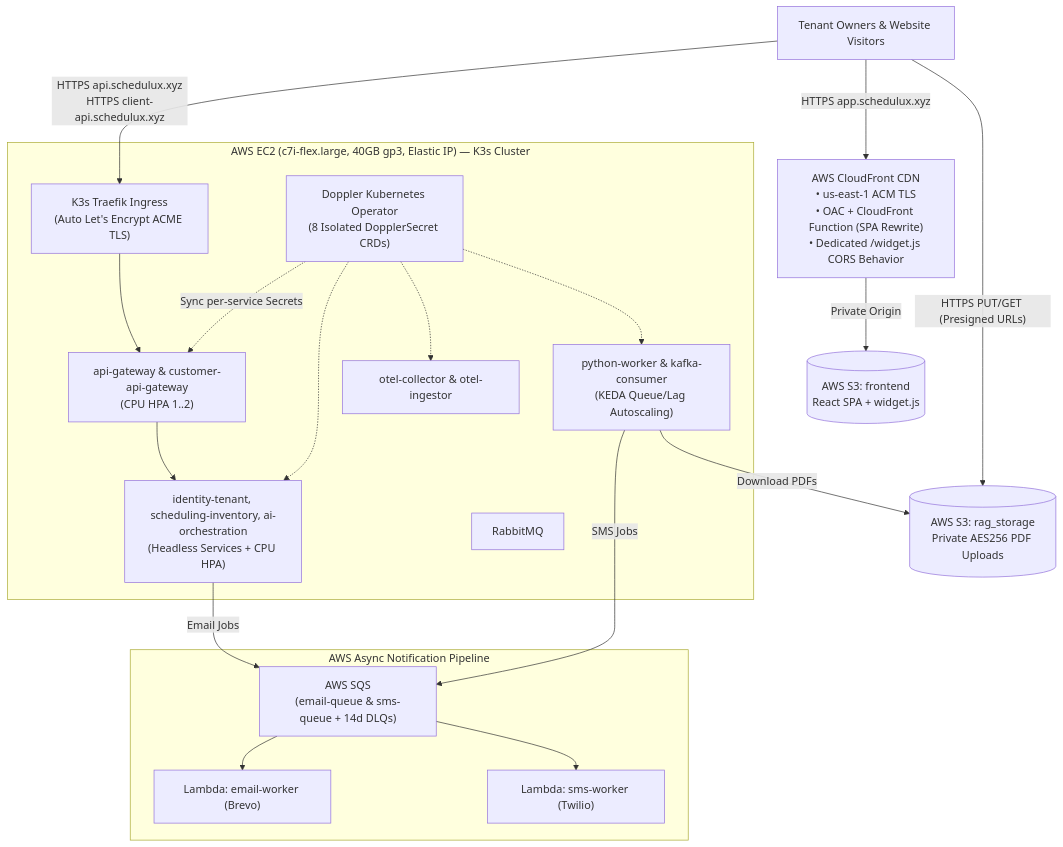
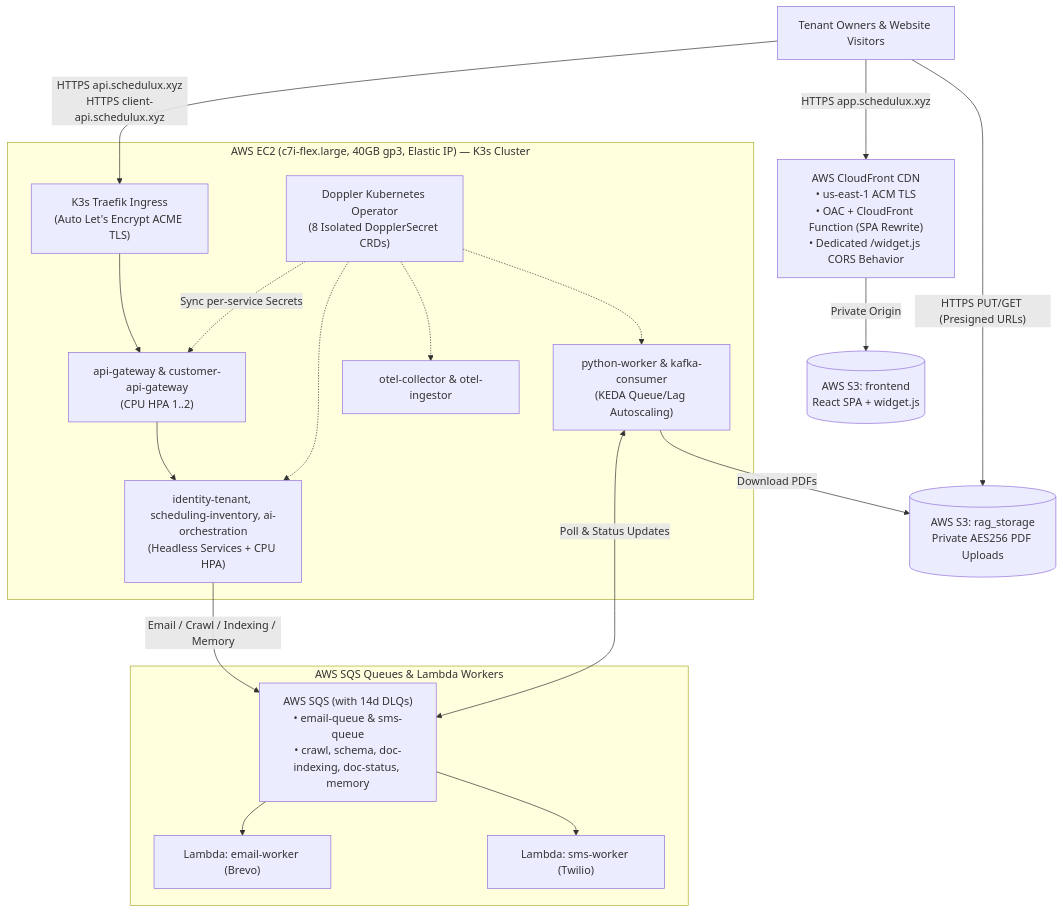
One commit to cjmatrix/Schedulux changed the diagram in docs/infrastructure.md. Above: the diagram before and after it, drawn with Mermaid. The commit also changed other lines of this file and 8 other files, not shown here.

````diff
--- a/docs/infrastructure.md
+++ b/docs/infrastructure.md
@@ -9,33 +9,32 @@
 ```mermaid
 flowchart TB
     Users["Tenant Owners & Website Visitors"] -->|HTTPS app.schedulux.xyz| CF["AWS CloudFront CDN\n• us-east-1 ACM TLS\n• OAC + CloudFront Function (SPA Rewrite)\n• Dedicated /widget.js CORS Behavior"]
     CF -->|Private Origin| S3Web[("AWS S3: frontend\nReact SPA + widget.js")]
 
     Users -->|"HTTPS PUT/GET (Presigned URLs)"| S3Rag[("AWS S3: rag_storage\nPrivate AES256 PDF Uploads")]
 
     Users -->|"HTTPS api.schedulux.xyz\nHTTPS client-api.schedulux.xyz"| Traefik["K3s Traefik Ingress\n(Auto Let's Encrypt ACME TLS)"]
 
     subgraph EC2["AWS EC2 (c7i-flex.large, 40GB gp3, Elastic IP) — K3s Cluster"]
         Traefik --> Gateways["api-gateway & customer-api-gateway\n(CPU HPA 1..2)"]
         Gateways --> Core["identity-tenant, scheduling-inventory, ai-orchestration\n(Headless Services + CPU HPA)"]
         Workers["python-worker & kafka-consumer\n(KEDA Queue/Lag Autoscaling)"]
         ObsPods["otel-collector & otel-ingestor"]
-        RMQ["RabbitMQ"]
         DopplerOp["Doppler Kubernetes Operator\n(8 Isolated DopplerSecret CRDs)"] -.->|"Sync per-service Secrets"| Gateways
         DopplerOp -.-> Core
         DopplerOp -.-> Workers
         DopplerOp -.-> ObsPods
     end
 
-    subgraph Serverless["AWS Async Notification Pipeline"]
-        SQS["AWS SQS\n(email-queue & sms-queue + 14d DLQs)"]
+    subgraph Serverless["AWS SQS Queues & Lambda Workers"]
+        SQS["AWS SQS (with 14d DLQs)\n• email-queue & sms-queue\n• crawl, schema, doc-indexing, doc-status, memory"]
         LEmail["Lambda: email-worker (Brevo)"]
         LSms["Lambda: sms-worker (Twilio)"]
         SQS --> LEmail
         SQS --> LSms
     end
 
-    Core -->|"Email Jobs"| SQS
-    Workers -->|"SMS Jobs"| SQS
+    Core -->|"Email / Crawl / Indexing / Memory"| SQS
+    Workers <-->|"Poll & Status Updates"| SQS
     Workers -->|"Download PDFs"| S3Rag
 ```
````
